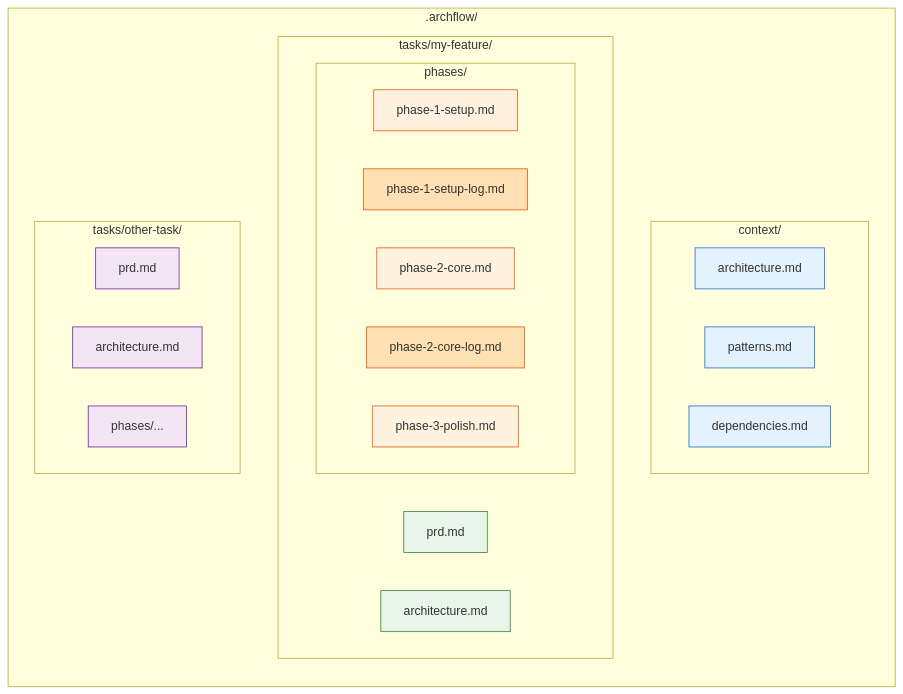
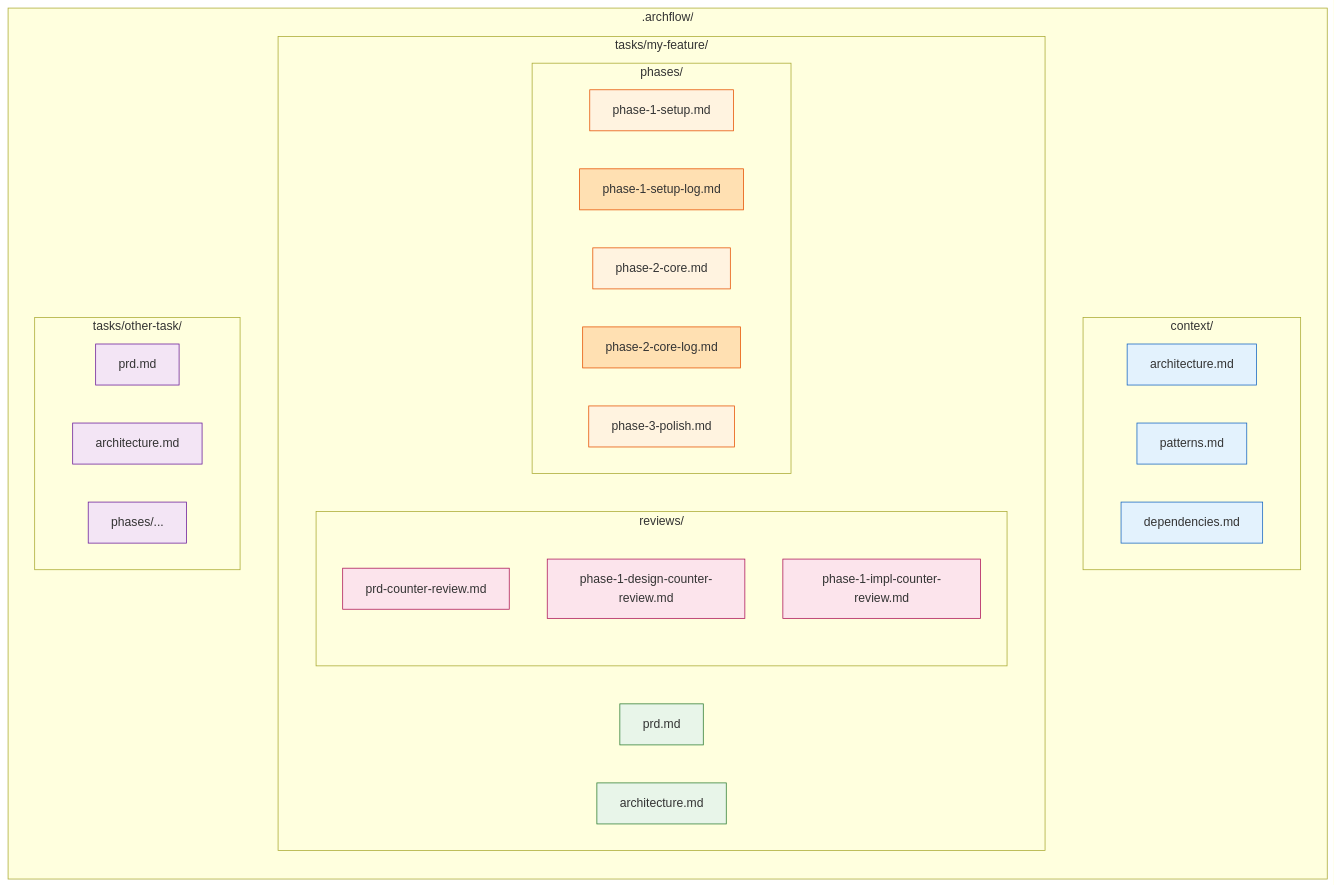
One commit to Aroton/ArchflowV2 changed the third of 13 diagrams in docs/archflow-process.md. Above: the diagram before and after it, drawn with Mermaid. The commit also changed other lines of this file and 9 other files, not shown here.

First line of the commit message:
Split phase into design/impl skills, add review loops and counter-review prompts

````diff
--- a/docs/archflow-process.md
+++ b/docs/archflow-process.md
@@ -48,40 +55,48 @@
 ```mermaid
 flowchart LR
     subgraph ".archflow/"
         subgraph "context/"
             A1[architecture.md]
             A2[patterns.md]
             A3[dependencies.md]
         end
         subgraph "tasks/my-feature/"
             B1[prd.md]
             B2[architecture.md]
+            subgraph "reviews/"
+                R1[prd-counter-review.md]
+                R2[phase-1-design-counter-review.md]
+                R3[phase-1-impl-counter-review.md]
+            end
             subgraph "phases/"
                 C1[phase-1-setup.md]
                 C1L[phase-1-setup-log.md]
                 C2[phase-2-core.md]
                 C2L[phase-2-core-log.md]
                 C3[phase-3-polish.md]
             end
         end
         subgraph "tasks/other-task/"
             D1[prd.md]
             D2[architecture.md]
             D3[phases/...]
         end
     end
 
     style A1 fill:#e3f2fd,stroke:#1565c0
     style A2 fill:#e3f2fd,stroke:#1565c0
     style A3 fill:#e3f2fd,stroke:#1565c0
     style B1 fill:#e8f5e9,stroke:#2e7d32
     style B2 fill:#e8f5e9,stroke:#2e7d32
     style C1 fill:#fff3e0,stroke:#e65100
     style C1L fill:#ffe0b2,stroke:#e65100
     style C2 fill:#fff3e0,stroke:#e65100
     style C2L fill:#ffe0b2,stroke:#e65100
     style C3 fill:#fff3e0,stroke:#e65100
+    style R1 fill:#fce4ec,stroke:#ad1457
+    style R2 fill:#fce4ec,stroke:#ad1457
+    style R3 fill:#fce4ec,stroke:#ad1457
     style D1 fill:#f3e5f5,stroke:#6a1b9a
     style D2 fill:#f3e5f5,stroke:#6a1b9a
     style D3 fill:#f3e5f5,stroke:#6a1b9a
 ```
````
